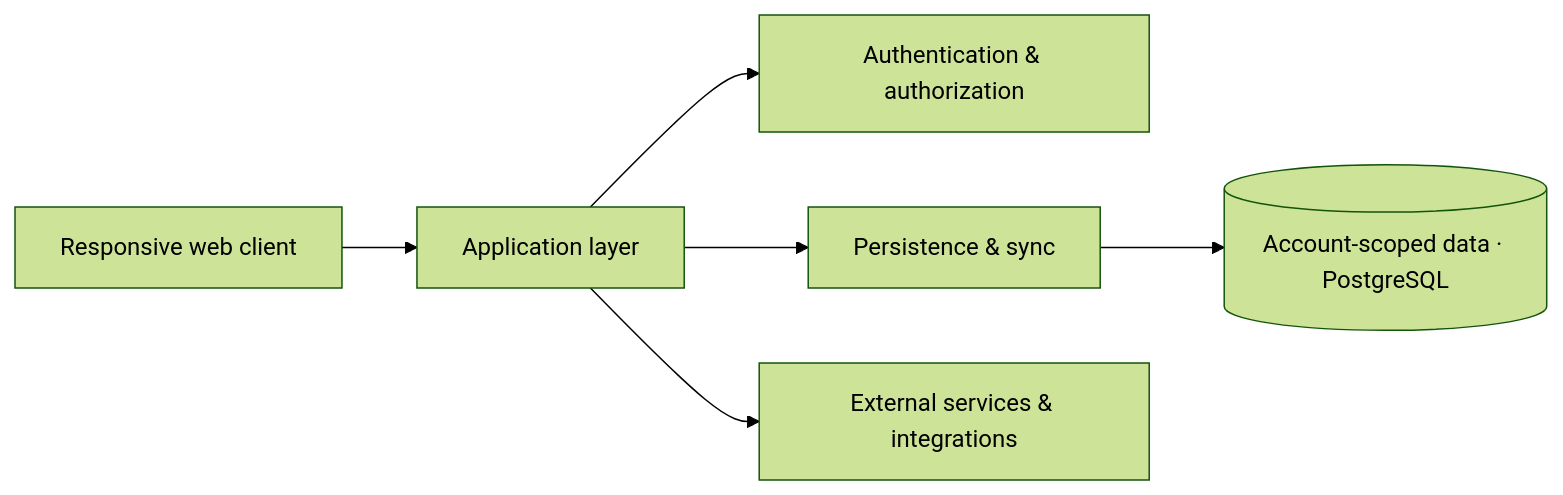
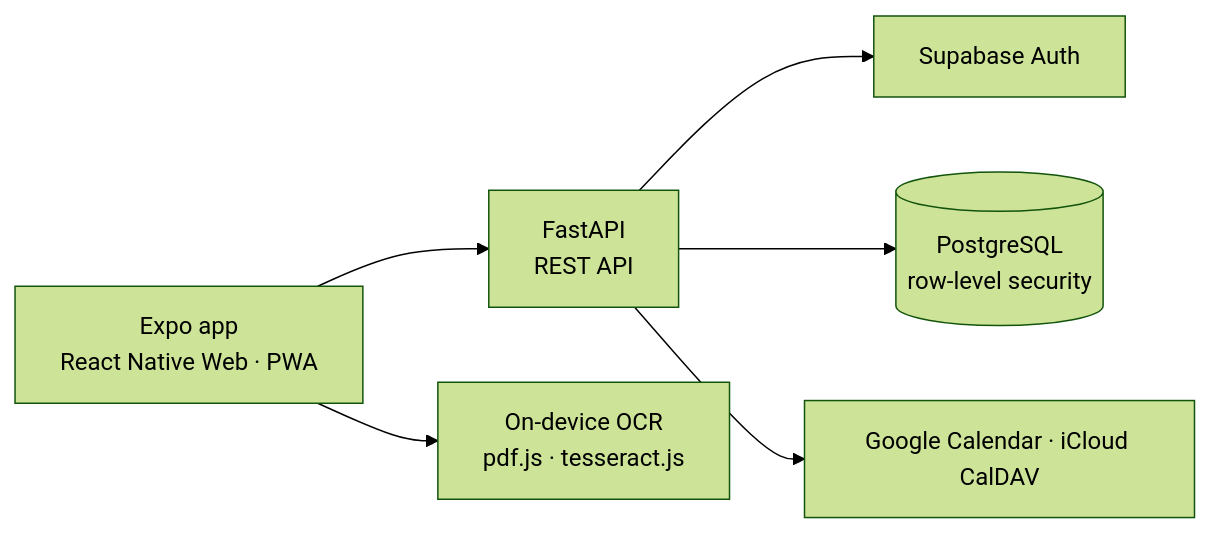
Before and after one commit to wesley-isaias/wesley-isaias: the diagram in projects/zayuni.md, drawn with Mermaid (forest theme). The commit also changed other lines of this file and 15 other files, not shown here.

````diff
--- a/projects/zayuni.md
+++ b/projects/zayuni.md
@@ -28,8 +28,8 @@
 ```mermaid
 flowchart LR
-  A[Responsive web client] --> B[Application layer]
-  B --> C[Authentication & authorization]
-  B --> D[Persistence & sync]
-  D --> E[(Account-scoped data · PostgreSQL)]
-  B --> F[External services & integrations]
+  A[Expo app<br>React Native Web · PWA] --> B[FastAPI<br>REST API]
+  B --> C[Supabase Auth]
+  B --> D[(PostgreSQL<br>row-level security)]
+  B --> E[Google Calendar · iCloud CalDAV]
+  A --> F[On-device OCR<br>pdf.js · tesseract.js]
 ```
````
